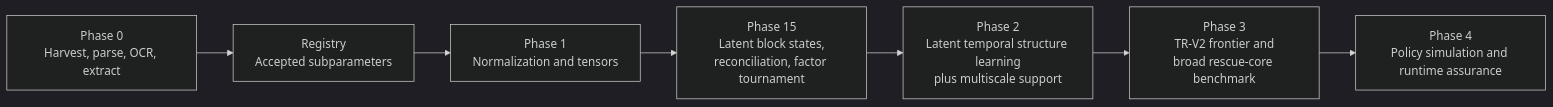
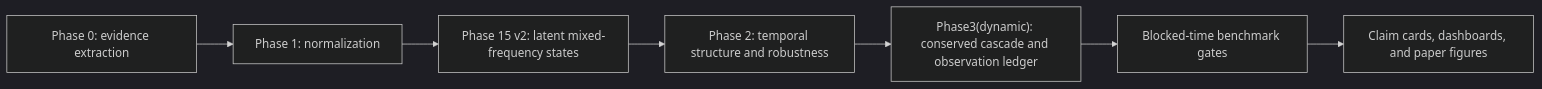
The diagram in README.md (gauravshajepal-hash/ModelHIV-PH), drawn with Mermaid (dark theme) before and after one commit. The commit also changed other lines of this file, not shown here.

Commit message:
Update project README timeline

````diff
--- a/README.md
+++ b/README.md
@@ -31,9 +97,9 @@
 ```mermaid
 flowchart LR
-    A["Phase 0\nHarvest, parse, OCR, extract"] --> B["Registry\nAccepted subparameters"]
-    B --> C["Phase 1\nNormalization and tensors"]
-    C --> D["Phase 15\nLatent block states,\nreconciliation, factor tournament"]
-    D --> E["Phase 2\nLatent temporal structure learning\nplus multiscale support"]
-    E --> F["Phase 3\nTR-V2 frontier and\nbroad rescue-core benchmark"]
-    F --> G["Phase 4\nPolicy simulation and runtime assurance"]
+    A["Phase 0: evidence extraction"] --> B["Phase 1: normalization"]
+    B --> C["Phase 15 v2: latent mixed-frequency states"]
+    C --> D["Phase 2: temporal structure and robustness"]
+    D --> E["Phase3(dynamic): conserved cascade and observation ledger"]
+    E --> F["Blocked-time benchmark gates"]
+    F --> G["Claim cards, dashboards, and paper figures"]
 ```
````
